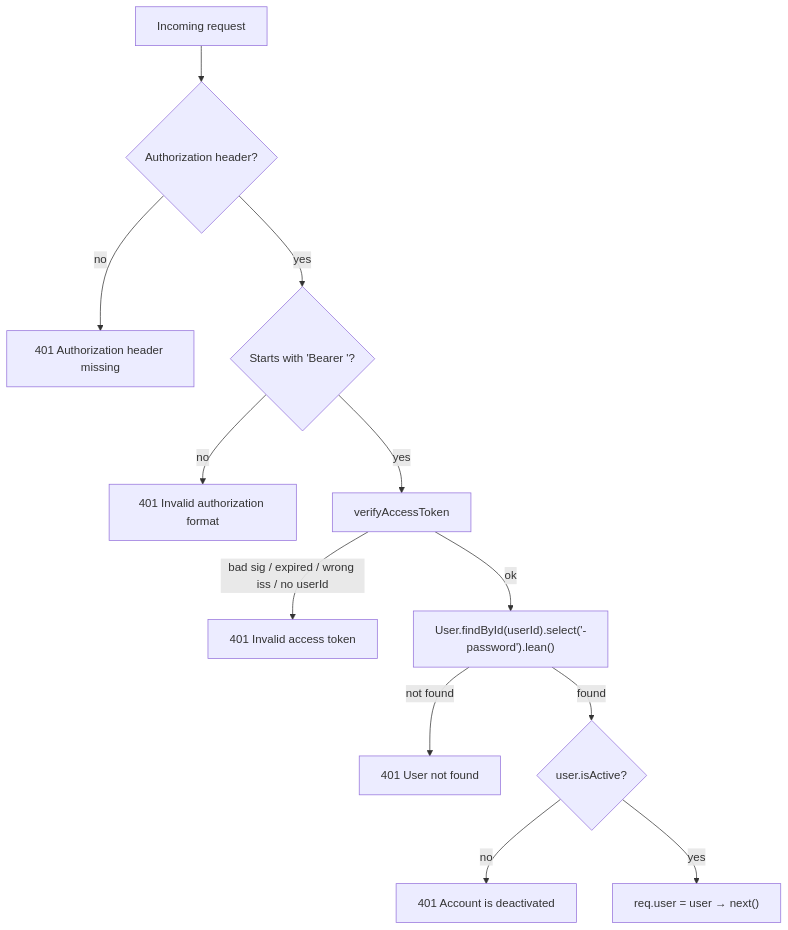
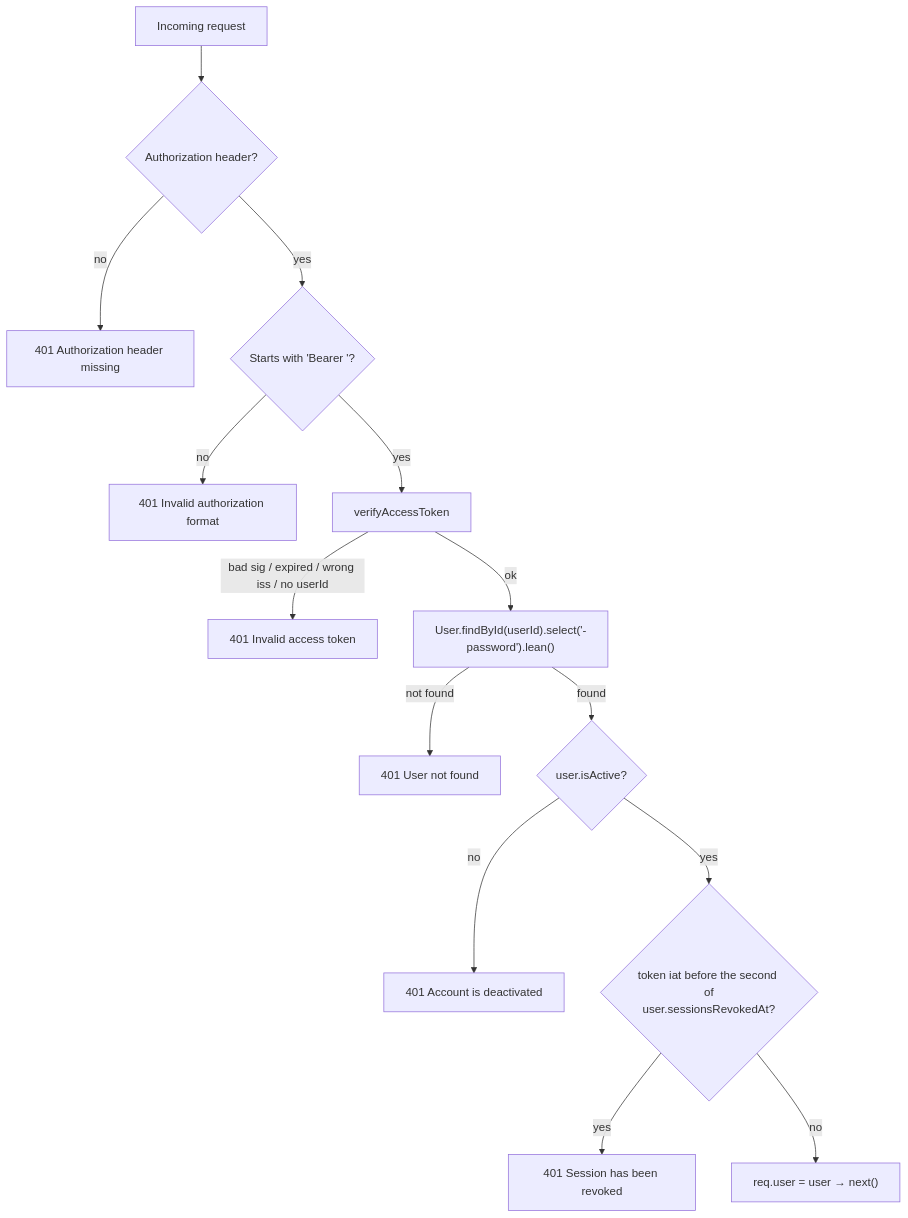
One commit to techhowl/csat-server changed the third of 3 diagrams in docs/architecture/authentication.md. Above: the diagram before and after it, drawn with Mermaid. The commit also changed other lines of this file and 12 other files, not shown here.

````diff
--- a/docs/architecture/authentication.md
+++ b/docs/architecture/authentication.md
@@ -278,14 +313,16 @@
 ```mermaid
 flowchart TD
     A[Incoming request] --> B{Authorization header?}
     B -- no --> X1[401 Authorization header missing]
     B -- yes --> C{Starts with 'Bearer '?}
     C -- no --> X2[401 Invalid authorization format]
     C -- yes --> D[verifyAccessToken]
     D -- bad sig / expired / wrong iss / no userId --> X3[401 Invalid access token]
     D -- ok --> E["User.findById(userId).select('-password').lean()"]
     E -- not found --> X4[401 User not found]
     E -- found --> F{user.isActive?}
     F -- no --> X5[401 Account is deactivated]
-    F -- yes --> G["req.user = user → next()"]
+    F -- yes --> R{"token iat before the second of<br/>user.sessionsRevokedAt?"}
+    R -- yes --> X6[401 Session has been revoked]
+    R -- no --> G["req.user = user → next()"]
 ```
````
